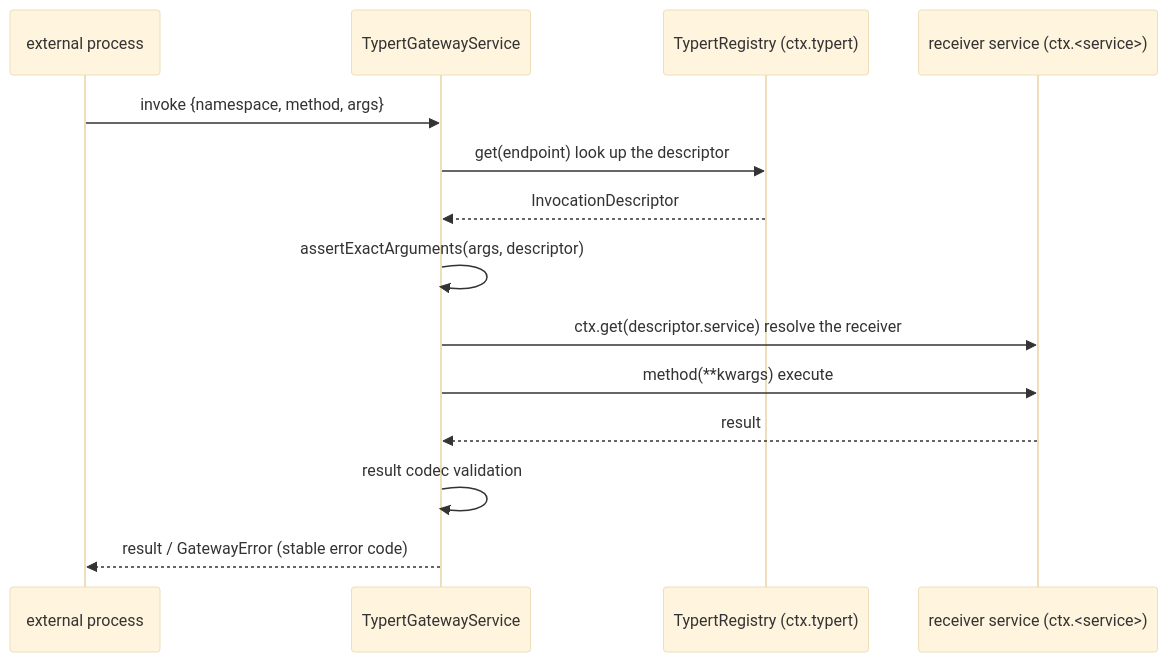
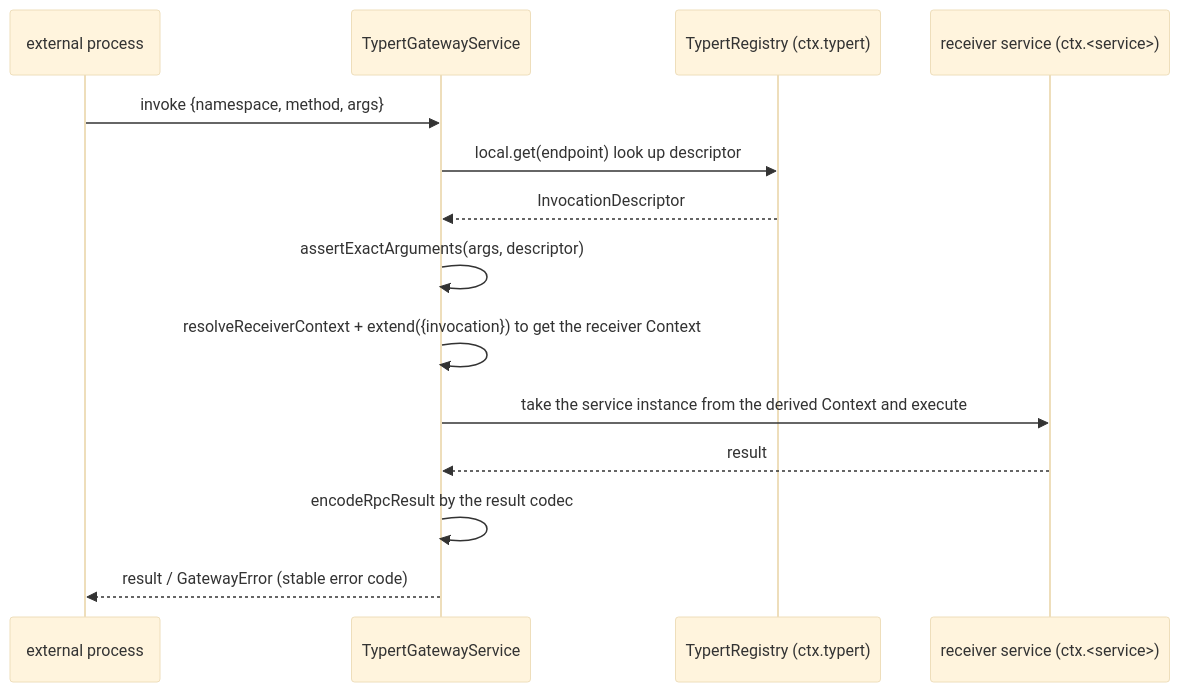
The second of 2 diagrams in ch16/ch16-typert-api-sdk_en.md (ChenYu1991ppak/deepseek-harness-anatomy), drawn with Mermaid (base theme) before and after one commit. The commit also changed other lines of this file and 124 other files, not shown here.

````diff
--- a/ch16/ch16-typert-api-sdk_en.md
+++ b/ch16/ch16-typert-api-sdk_en.md
@@ -336,16 +350,16 @@
 ```mermaid
 sequenceDiagram
     participant C as external process
     participant G as TypertGatewayService
     participant R as TypertRegistry (ctx.typert)
     participant S as receiver service (ctx.<service>)
     C->>G: invoke {namespace, method, args}
-    G->>R: get(endpoint) look up the descriptor
+    G->>R: local.get(endpoint) look up descriptor
     R-->>G: InvocationDescriptor
     G->>G: assertExactArguments(args, descriptor)
-    G->>S: ctx.get(descriptor.service) resolve the receiver
-    G->>S: method(**kwargs) execute
+    G->>G: resolveReceiverContext + extend({invocation}) to get the receiver Context
+    G->>S: take the service instance from the derived Context and execute
     S-->>G: result
-    G->>G: result codec validation
+    G->>G: encodeRpcResult by the result codec
     G-->>C: result / GatewayError (stable error code)
 ```
````
